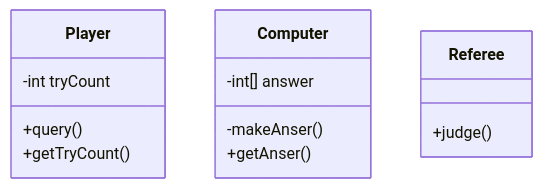
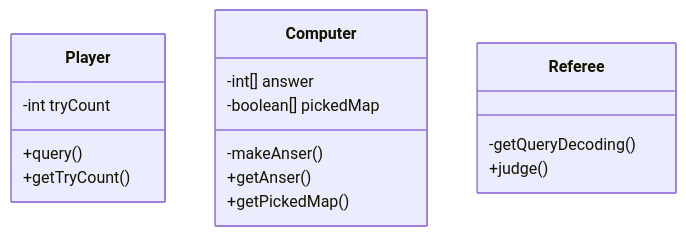
One commit to woowacourse-precourse/java-baseball-6 changed the diagram in docs/README.md. Above: the diagram before and after it, drawn with Mermaid. The commit also changed 4 other files, not shown here.

````diff
--- a/docs/README.md
+++ b/docs/README.md
@@ -11,16 +11,19 @@
 ```mermaid
 classDiagram
     class Player{
         -int tryCount
         +query()
         +getTryCount()
     }
     class Computer{
         -int[] answer
+        -boolean[] pickedMap
         -makeAnser()
         +getAnser()
+        +getPickedMap()
     }
     class Referee {
+        -getQueryDecoding()
         +judge()    
     }
 ```
````
